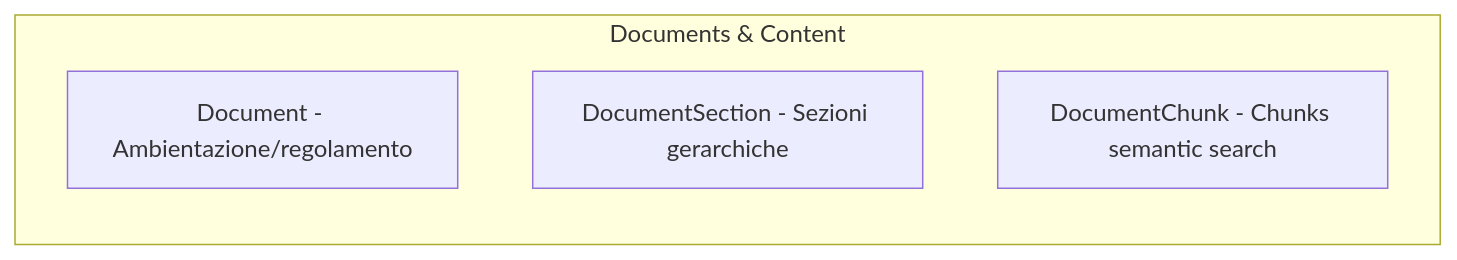
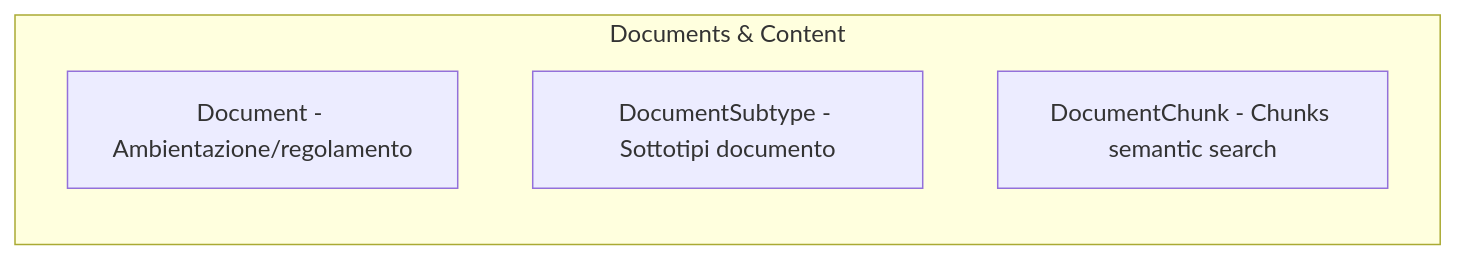
Before and after one commit to pagliagen/tenpennynovels: the sixth of 14 diagrams in docs/tecnica/infrastructure/mongodb-schemas.md, drawn with Mermaid. The commit also changed other lines of this file and 523 other files, not shown here.

````diff
--- a/docs/tecnica/infrastructure/mongodb-schemas.md
+++ b/docs/tecnica/infrastructure/mongodb-schemas.md
@@ -79,8 +96,8 @@
 ```mermaid
 flowchart LR
     subgraph Documents["Documents & Content"]
         Document[Document - Ambientazione/regolamento]
-        DocumentSection[DocumentSection - Sezioni gerarchiche]
+        DocumentSubtype[DocumentSubtype - Sottotipi documento]
         DocumentChunk[DocumentChunk - Chunks semantic search]
     end
 ```
````
